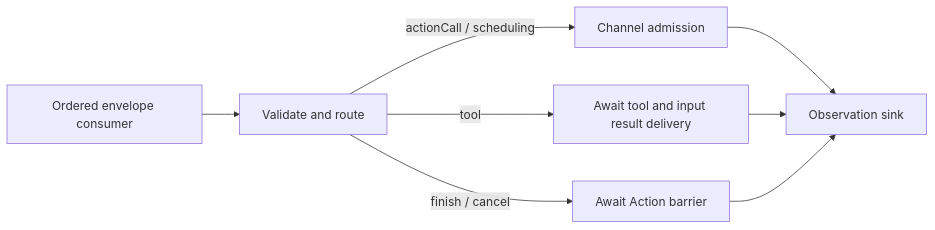
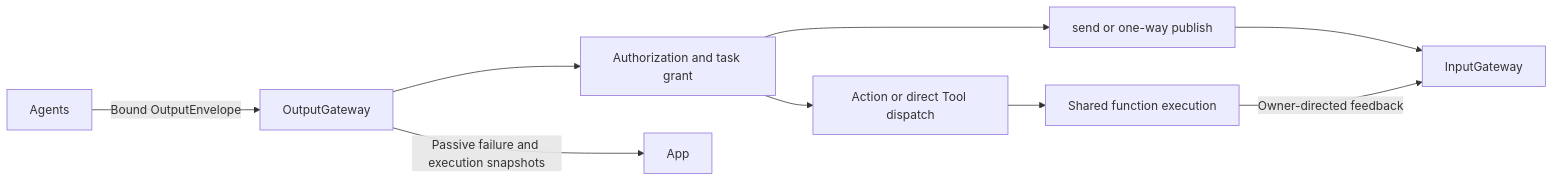
The first of 2 diagrams in MobileHarness/Gateway/Output/README.md (devilyouwei/MobileHarness), drawn with Mermaid before and after one commit. The commit also changed other lines of this file and 116 other files, not shown here.

````diff
--- a/MobileHarness/Gateway/Output/README.md
+++ b/MobileHarness/Gateway/Output/README.md
@@ -23,10 +15,11 @@
 ```mermaid
 flowchart LR
-    Caller[Ordered envelope consumer] --> Validate[Validate and route]
-    Validate -->|actionCall / scheduling| Admit[Channel admission]
-    Validate -->|tool| Tool[Await tool and input result delivery]
-    Validate -->|finish / cancel| Barrier[Await Action barrier]
-    Admit --> Sink[Observation sink]
-    Tool --> Sink
-    Barrier --> Sink
+ Agents -->|Bound OutputEnvelope| Output[OutputGateway]
+ Output --> Validate[Authorization and task grant]
+ Validate --> Calls[Action or direct Tool dispatch]
+ Validate --> Comm[send or one-way publish]
+ Calls --> Executor[Shared function execution]
+ Comm --> Input[InputGateway]
+ Executor -->|Owner-directed feedback| Input
+ Output -->|Passive failure and execution snapshots| App
 ```
````
